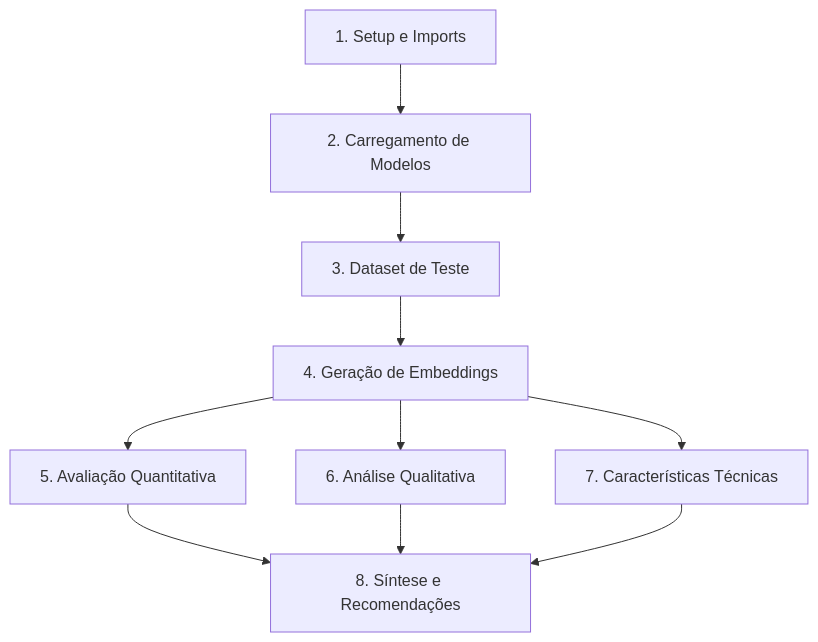
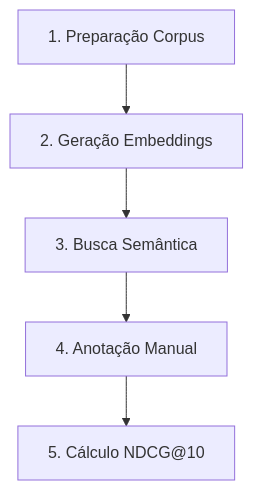
The diagram in docs/relatorios/Relatório-Ciencia-de-Dados-Embeddings-26-05.md (destaquesgovbr/docs), drawn with Mermaid before and after one commit. The commit also changed other lines of this file and 2 other files, not shown here.

First line of the commit message:
docs: gera relatório técnico final do Issue #1 - Comparativo de Modelos de Embedding PT-BR

````diff
--- a/docs/relatorios/Relatório-Ciencia-de-Dados-Embeddings-26-05.md
+++ b/docs/relatorios/Relatório-Ciencia-de-Dados-Embeddings-26-05.md
@@ -825,12 +677,7 @@
 ```mermaid
 graph TD
-    A[1. Setup e Imports] --> B[2. Carregamento de Modelos]
-    B --> C[3. Dataset de Teste]
-    C --> D[4. Geração de Embeddings]
-    D --> E[5. Avaliação Quantitativa]
-    D --> F[6. Análise Qualitativa]
-    D --> G[7. Características Técnicas]
-    E --> H[8. Síntese e Recomendações]
-    F --> H
-    G --> H
+    A[1. Preparação Corpus] --> B[2. Geração Embeddings]
+    B --> C[3. Busca Semântica]
+    C --> D[4. Anotação Manual]
+    D --> E[5. Cálculo NDCG@10]
 ```
````
